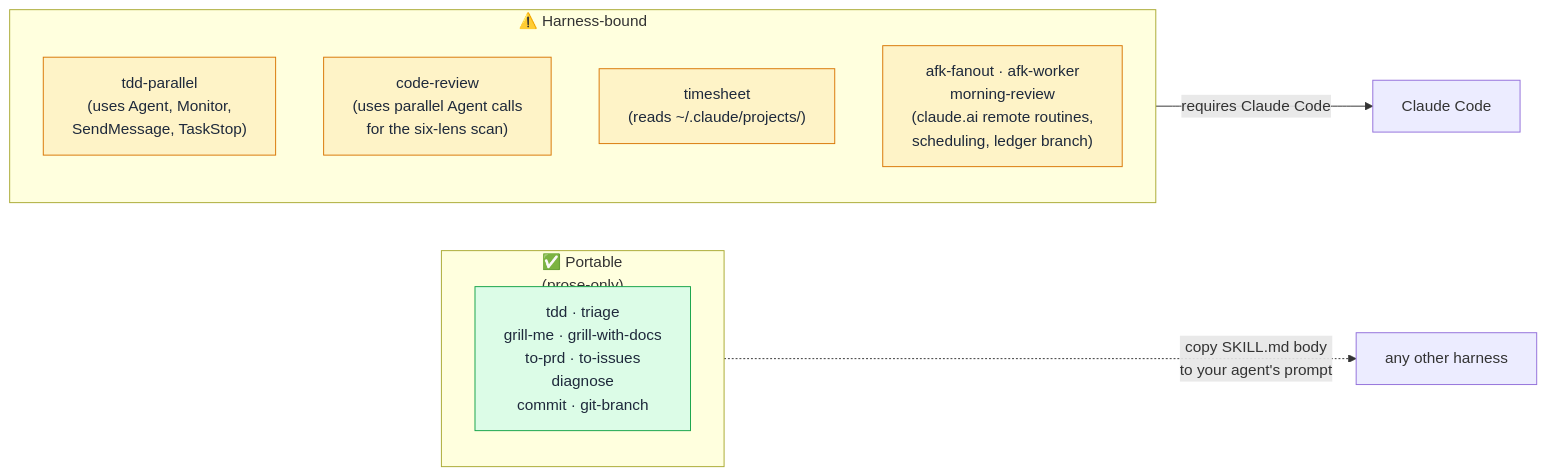
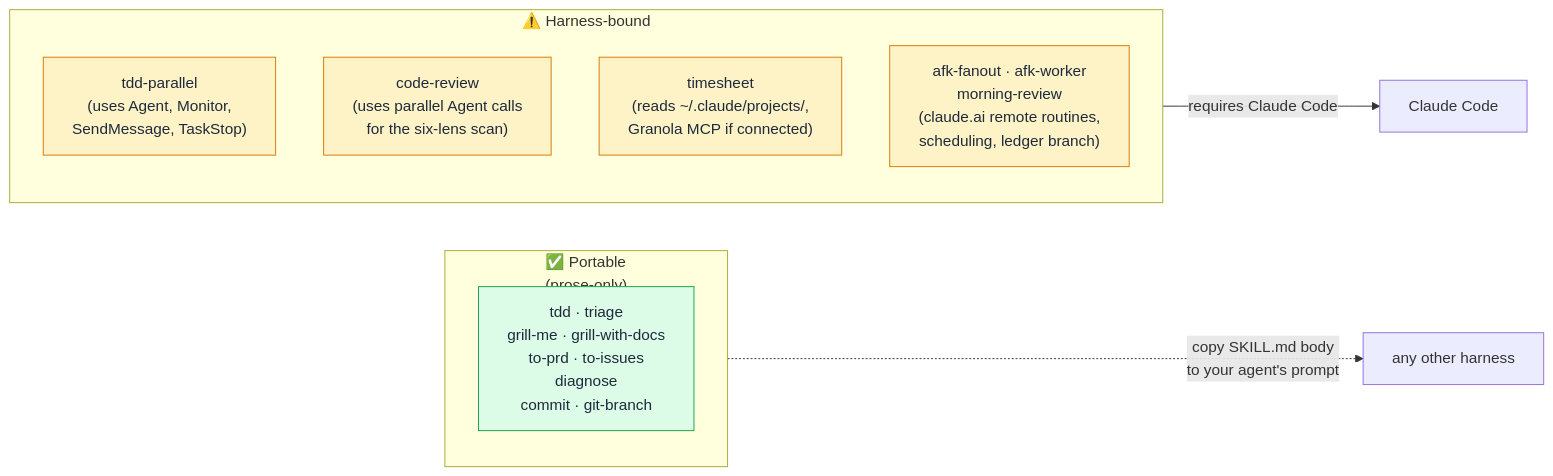
Before and after one commit to ZunoSmartLabs/zsl-superpowers: the first of 5 diagrams in docs/faq.md, drawn with Mermaid. The commit also changed 6 other files, not shown here.

First line of the commit message:
feat(timesheet): fold Granola meetings into the timesheet

````diff
--- a/docs/faq.md
+++ b/docs/faq.md
@@ -17,19 +17,19 @@
 ```mermaid
 flowchart LR
     subgraph portable["✅ Portable<br/>(prose-only)"]
         p1["tdd · triage<br/>grill-me · grill-with-docs<br/>to-prd · to-issues<br/>diagnose<br/>commit · git-branch"]
     end
     subgraph harness["⚠️ Harness-bound"]
         h1["tdd-parallel<br/>(uses Agent, Monitor,<br/>SendMessage, TaskStop)"]
         h3["code-review<br/>(uses parallel Agent calls<br/>for the six-lens scan)"]
-        h2["timesheet<br/>(reads ~/.claude/projects/)"]
+        h2["timesheet<br/>(reads ~/.claude/projects/,<br/>Granola MCP if connected)"]
         h4["afk-fanout · afk-worker<br/>morning-review<br/>(claude.ai remote routines,<br/>scheduling, ledger branch)"]
     end
     portable -.->|"copy SKILL.md body<br/>to your agent's prompt"| other["any other harness"]
     harness -->|"requires Claude Code"| cc["Claude Code"]
 
     classDef good fill:#dcfce7,stroke:#16a34a,color:#1e293b;
     classDef bound fill:#fef3c7,stroke:#d97706,color:#1e293b;
     class p1 good
     class h1,h2,h3,h4 bound
 ```
````
